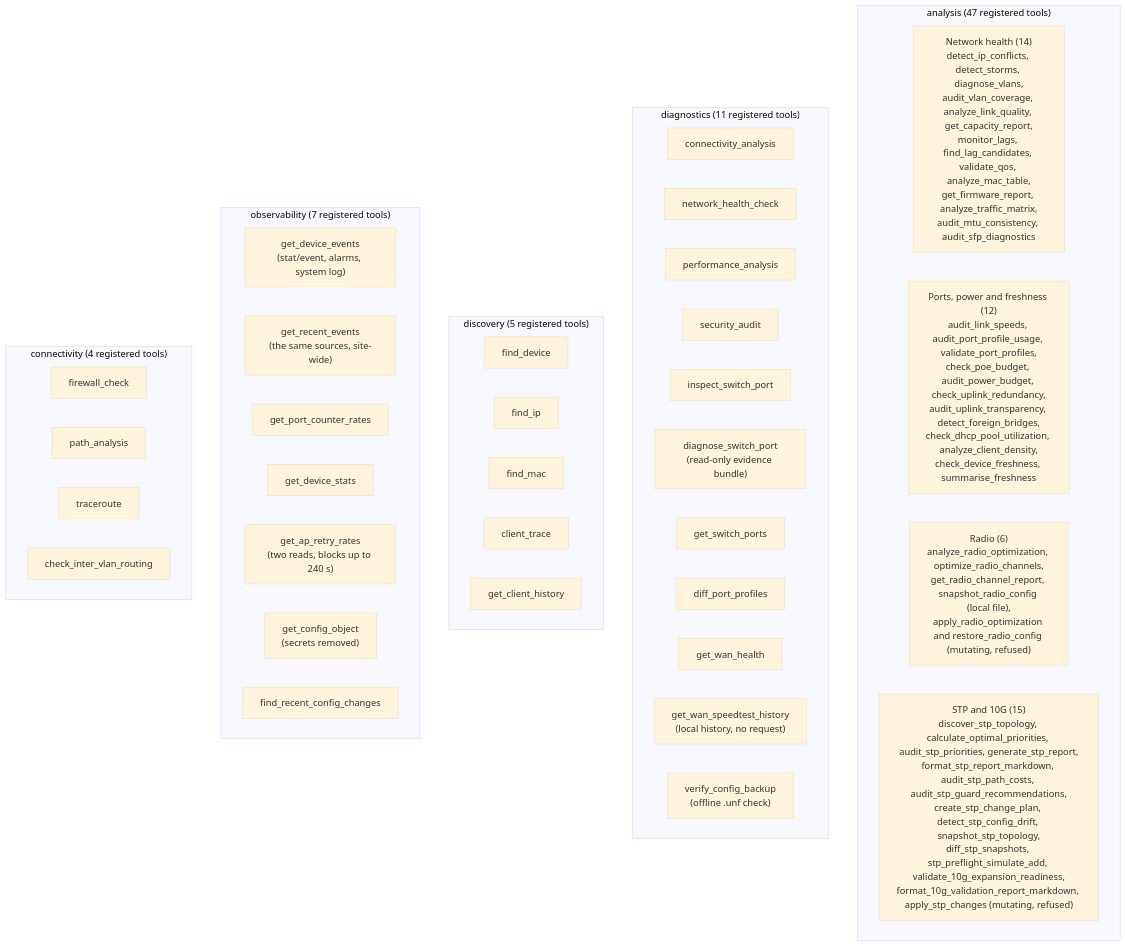
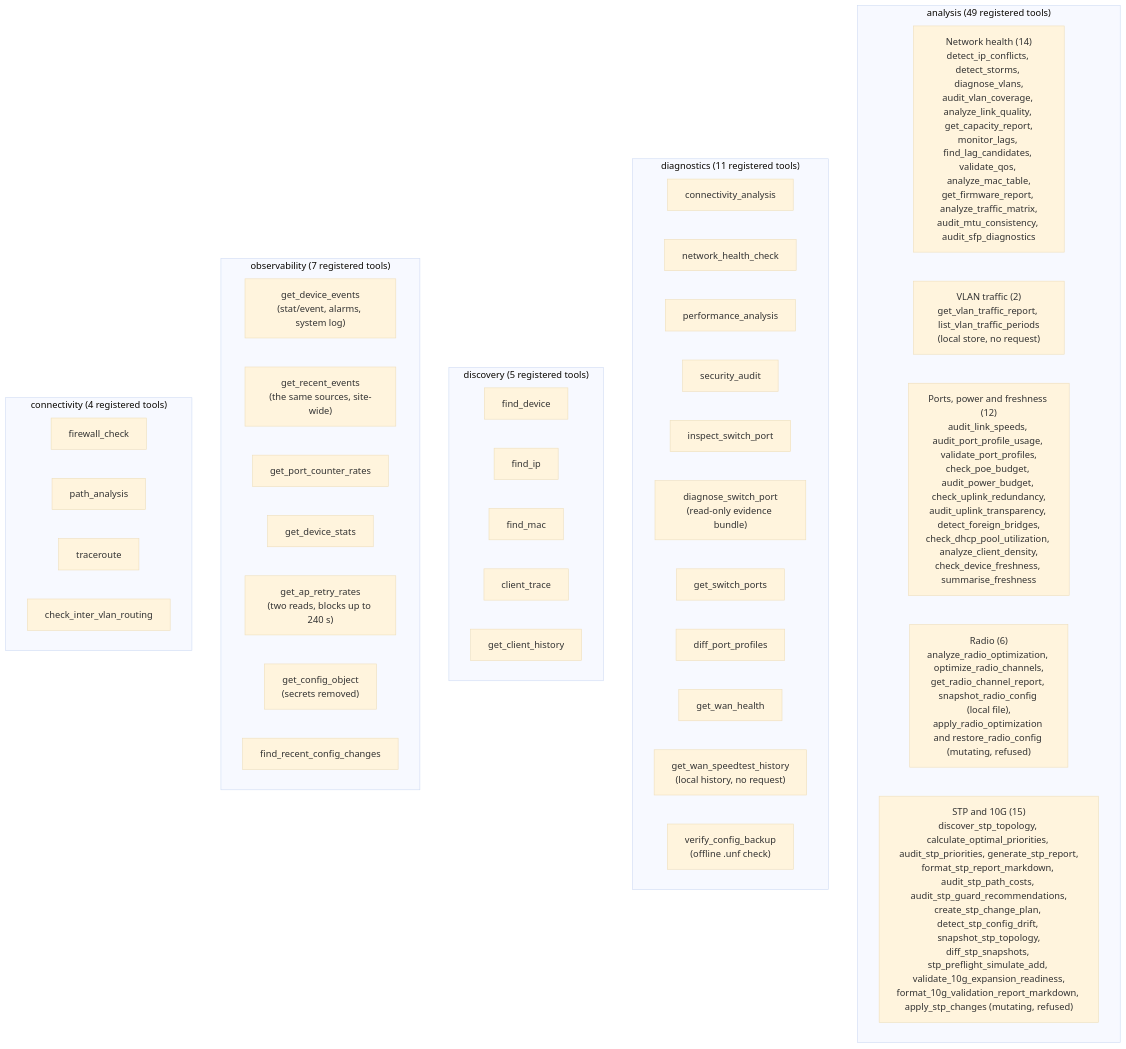
Before and after one commit to NetDevAutomate/unifi_management_cli: the fifth of 21 diagrams in docs/architecture/architecture-overview.md, drawn with Mermaid (base theme). The commit also changed other lines of this file and 19 other files, not shown here.

First line of the commit message:
feat(vlan-traffic): add the per-VLAN collector, store and reports

````diff
--- a/docs/architecture/architecture-overview.md
+++ b/docs/architecture/architecture-overview.md
@@ -530,49 +541,50 @@
 ```mermaid
 graph TD
-    subgraph analysis["analysis (47 registered tools)"]
+    subgraph analysis["analysis (49 registered tools)"]
         direction LR
         H["Network health (14)\ndetect_ip_conflicts, detect_storms, diagnose_vlans,\naudit_vlan_coverage, analyze_link_quality, get_capacity_report,\nmonitor_lags, find_lag_candidates, validate_qos, analyze_mac_table,\nget_firmware_report, analyze_traffic_matrix,\naudit_mtu_consistency, audit_sfp_diagnostics"]
+        V["VLAN traffic (2)\nget_vlan_traffic_report, list_vlan_traffic_periods\n(local store, no request)"]
         P["Ports, power and freshness (12)\naudit_link_speeds, audit_port_profile_usage, validate_port_profiles,\ncheck_poe_budget, audit_power_budget, check_uplink_redundancy,\naudit_uplink_transparency, detect_foreign_bridges,\ncheck_dhcp_pool_utilization, analyze_client_density,\ncheck_device_freshness, summarise_freshness"]
         R["Radio (6)\nanalyze_radio_optimization, optimize_radio_channels,\nget_radio_channel_report, snapshot_radio_config (local file),\napply_radio_optimization and restore_radio_config (mutating, refused)"]
         S["STP and 10G (15)\ndiscover_stp_topology, calculate_optimal_priorities, audit_stp_priorities, generate_stp_report,\nformat_stp_report_markdown, audit_stp_path_costs, audit_stp_guard_recommendations,\ncreate_stp_change_plan, detect_stp_config_drift, snapshot_stp_topology,\ndiff_stp_snapshots, stp_preflight_simulate_add, validate_10g_expansion_readiness,\nformat_10g_validation_report_markdown, apply_stp_changes (mutating, refused)"]
     end
 
     subgraph diagnostics["diagnostics (11 registered tools)"]
         D1["connectivity_analysis"]
         D2["network_health_check"]
         D3["performance_analysis"]
         D4["security_audit"]
         D5["inspect_switch_port"]
         D6["diagnose_switch_port\n(read-only evidence bundle)"]
         D7["get_switch_ports"]
         D8["diff_port_profiles"]
         D9["get_wan_health"]
         D10["get_wan_speedtest_history\n(local history, no request)"]
         D11["verify_config_backup\n(offline .unf check)"]
     end
 
     subgraph discovery["discovery (5 registered tools)"]
         DS1["find_device"]
         DS2["find_ip"]
         DS3["find_mac"]
         DS4["client_trace"]
         DS5["get_client_history"]
     end
 
     subgraph observability["observability (7 registered tools)"]
         O1["get_device_events\n(stat/event, alarms, system log)"]
         O7["get_recent_events\n(the same sources, site-wide)"]
         O2["get_port_counter_rates"]
         O3["get_device_stats"]
         O4["get_ap_retry_rates\n(two reads, blocks up to 240 s)"]
         O5["get_config_object\n(secrets removed)"]
         O6["find_recent_config_changes"]
     end
 
     subgraph connectivity["connectivity (4 registered tools)"]
         C1["firewall_check"]
         C2["path_analysis"]
         C3["traceroute"]
         C4["check_inter_vlan_routing"]
     end
 ```
````
